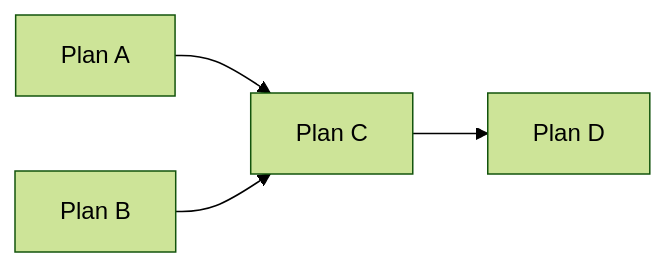
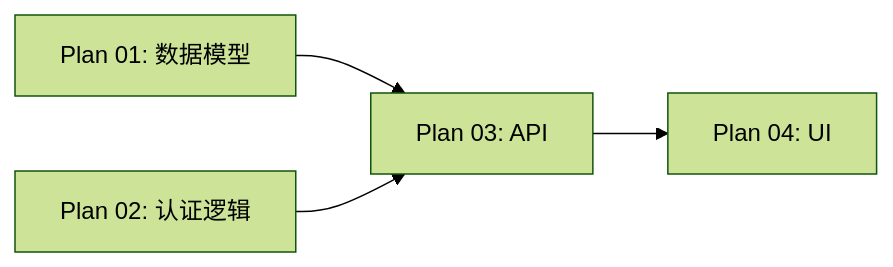
One commit to 6ixGODD/mine-is-not-everyones changed the second of 4 diagrams in docs/concepts.zh-CN.md. Above: the diagram before and after it, drawn with Mermaid (forest theme). The commit also changed other lines of this file and 20 other files, not shown here.

````diff
--- a/docs/concepts.zh-CN.md
+++ b/docs/concepts.zh-CN.md
@@ -56,6 +283,6 @@
 ```mermaid
 flowchart LR
-    A[Plan A] --> C[Plan C]
-    B[Plan B] --> C
-    C --> D[Plan D]
+    A[Plan 01: 数据模型] --> C[Plan 03: API]
+    B[Plan 02: 认证逻辑] --> C
+    C --> D[Plan 04: UI]
 ```
````
